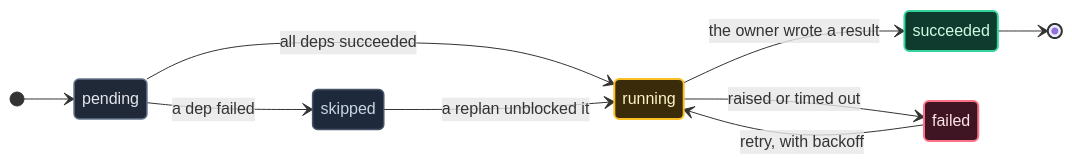
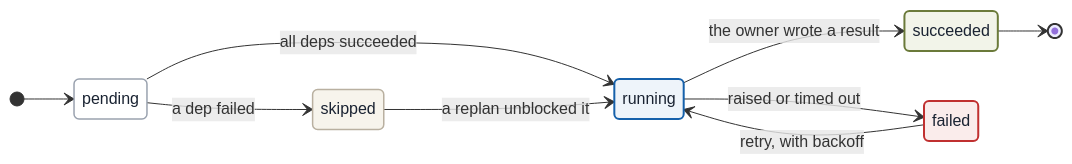
One commit to jity16/Loomcraft changed the second of 3 diagrams in README.md. Above: the diagram before and after it, drawn with Mermaid. The commit also changed other lines of this file and 27 other files, not shown here.

````diff
--- a/README.md
+++ b/README.md
@@ -218,25 +228,25 @@
 ```mermaid
 stateDiagram-v2
     direction LR
 
     [*] --> pending
     pending   --> running   : all deps succeeded
     pending   --> skipped   : a dep failed
     running   --> succeeded : the owner wrote a result
     running   --> failed    : raised or timed out
     failed    --> running   : retry, with backoff
     skipped   --> running   : a replan unblocked it
     succeeded --> [*]
 
-    classDef pend fill:#1f2937,stroke:#64748b,stroke-width:1.5px,color:#e5e7eb
-    classDef run  fill:#3a2c0a,stroke:#fbbf24,stroke-width:2px,color:#fef3c7
-    classDef ok   fill:#0f3b2e,stroke:#34d399,stroke-width:2px,color:#d1fae5
-    classDef bad  fill:#3f1524,stroke:#fb7185,stroke-width:2px,color:#ffe4e6
-    classDef skip fill:#1e293b,stroke:#475569,stroke-width:1.5px,color:#cbd5e1
+    classDef pend fill:#ffffff,stroke:#9aa2af,stroke-width:1.5px,color:#1a2332
+    classDef run  fill:#eef4fa,stroke:#1661ab,stroke-width:2px,color:#1a2332
+    classDef ok   fill:#f2f4e9,stroke:#6b7a3a,stroke-width:2px,color:#1a2332
+    classDef bad  fill:#faeceb,stroke:#c03030,stroke-width:2px,color:#1a2332
+    classDef skip fill:#f7f4ec,stroke:#b9b0a0,stroke-width:1.5px,color:#1a2332
 
     class pending pend
     class running run
     class succeeded ok
     class failed bad
     class skipped skip
 ```
````
